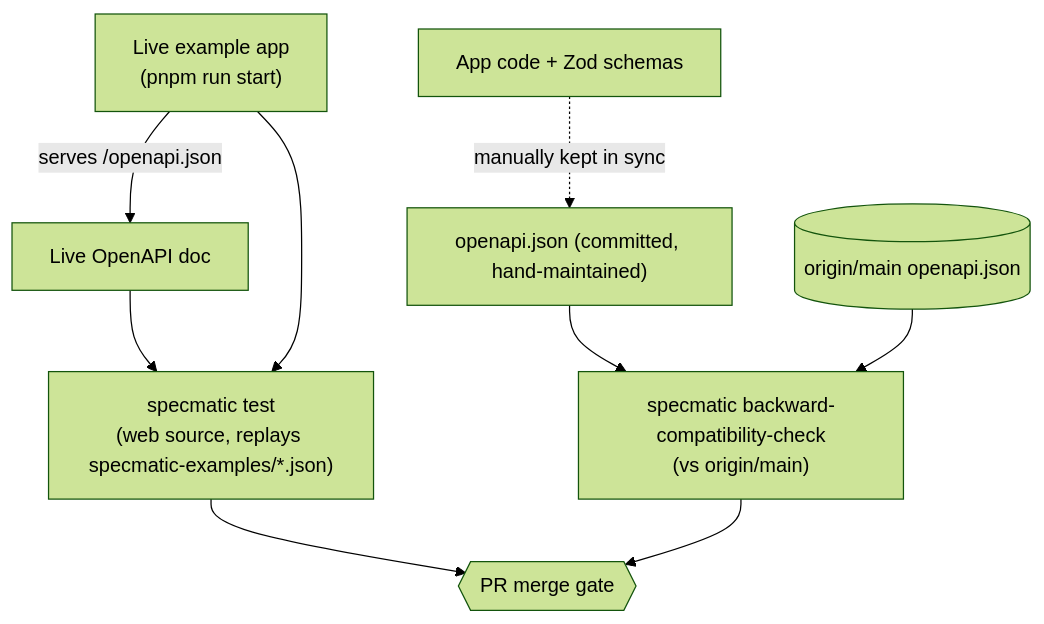
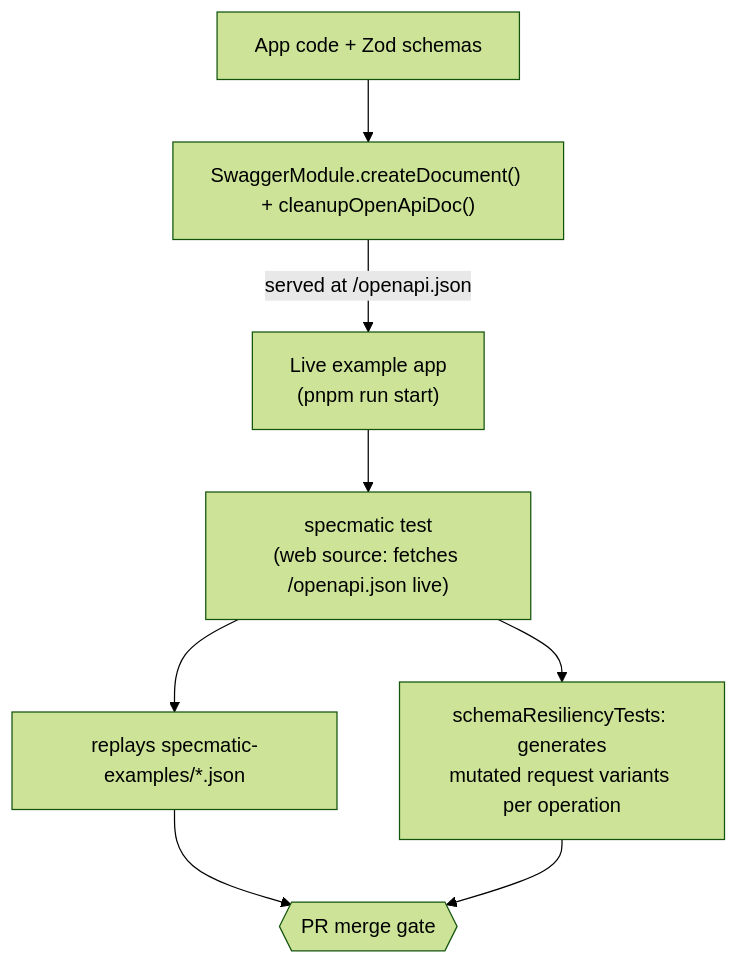
One commit to BenLorantfy/nestjs-zod changed the second of 2 diagrams in SPECMATIC.md. Above: the diagram before and after it, drawn with Mermaid (forest theme). The commit also changed other lines of this file and 2 other files, not shown here.

First line of the commit message:
docs: bring SPECMATIC.md, CONTRIBUTING.md, and README.md in line with the live-spec mechanism

````diff
--- a/SPECMATIC.md
+++ b/SPECMATIC.md
@@ -103,14 +113,12 @@
 ```mermaid
 flowchart TD
-    Code["App code + Zod schemas"] -.->|"manually kept in sync"| SpecFile["openapi.json (committed, hand-maintained)"]
+    Code["App code + Zod schemas"] --> SwaggerGen["SwaggerModule.createDocument() + cleanupOpenApiDoc()"]
+    SwaggerGen -->|"served at /openapi.json"| LiveApp["Live example app\n(pnpm run start)"]
 
-    LiveApp["Live example app\n(pnpm run start)"] -->|"serves /openapi.json"| LiveSpec["Live OpenAPI doc"]
-    LiveSpec --> ContractTest["specmatic test\n(web source, replays specmatic-examples/*.json)"]
-    LiveApp --> ContractTest
+    LiveApp --> ContractTest["specmatic test\n(web source: fetches /openapi.json live)"]
+    ContractTest --> Fixtures["replays specmatic-examples/*.json"]
+    ContractTest --> Resiliency["schemaResiliencyTests: generates\nmutated request variants per operation"]
 
-    SpecFile --> CompatCheck["specmatic backward-compatibility-check\n(vs origin/main)"]
-    MainBranch[("origin/main openapi.json")] --> CompatCheck
-
-    ContractTest --> Gate{{"PR merge gate"}}
-    CompatCheck --> Gate
+    Fixtures --> Gate{{"PR merge gate"}}
+    Resiliency --> Gate
 ```
````
